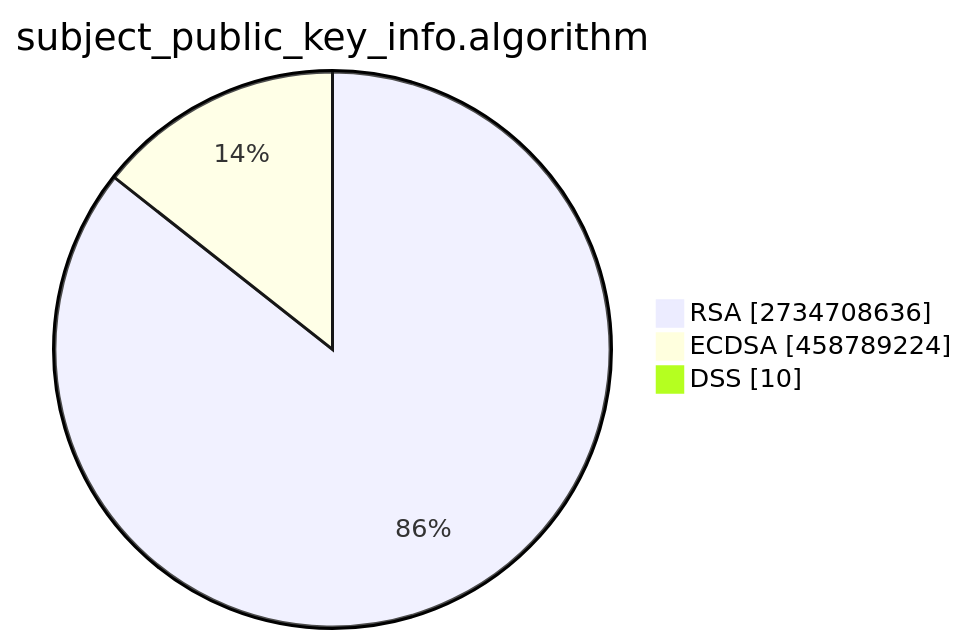
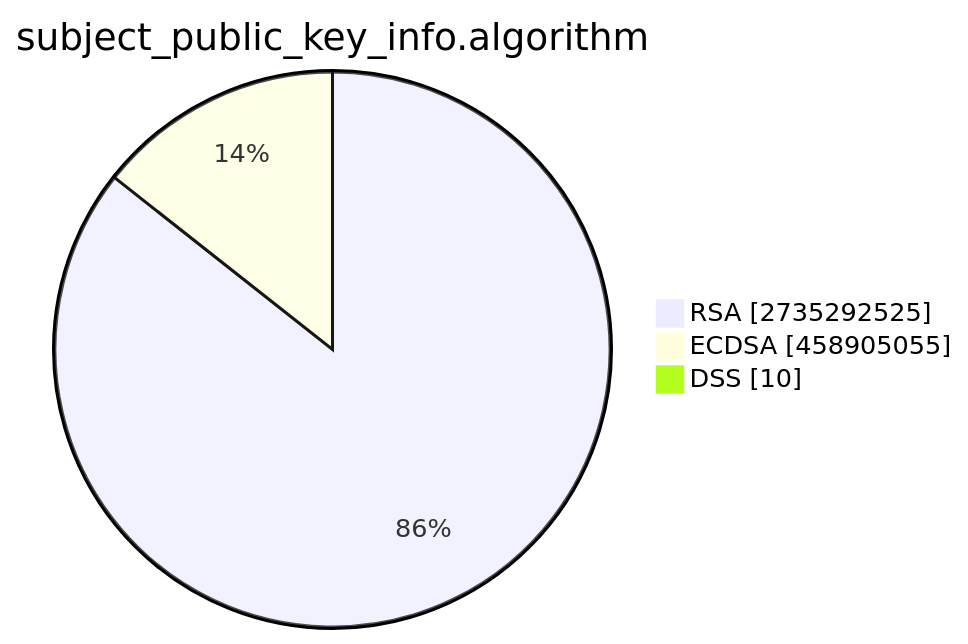
Before and after one commit to christiankrug/ctmonitor_visualization: the second of 15 diagrams in TOTAL/README.md, drawn with Mermaid. The commit also changed other lines of this file, not shown here.

````diff
--- a/TOTAL/README.md
+++ b/TOTAL/README.md
@@ -6,7 +6,7 @@
 ```mermaid
 pie showData
 title subject_public_key_info.algorithm
-"RSA" :2734708636
-"ECDSA" :458789224
+"RSA" :2735292525
+"ECDSA" :458905055
 "DSS" :10
 ```
````
